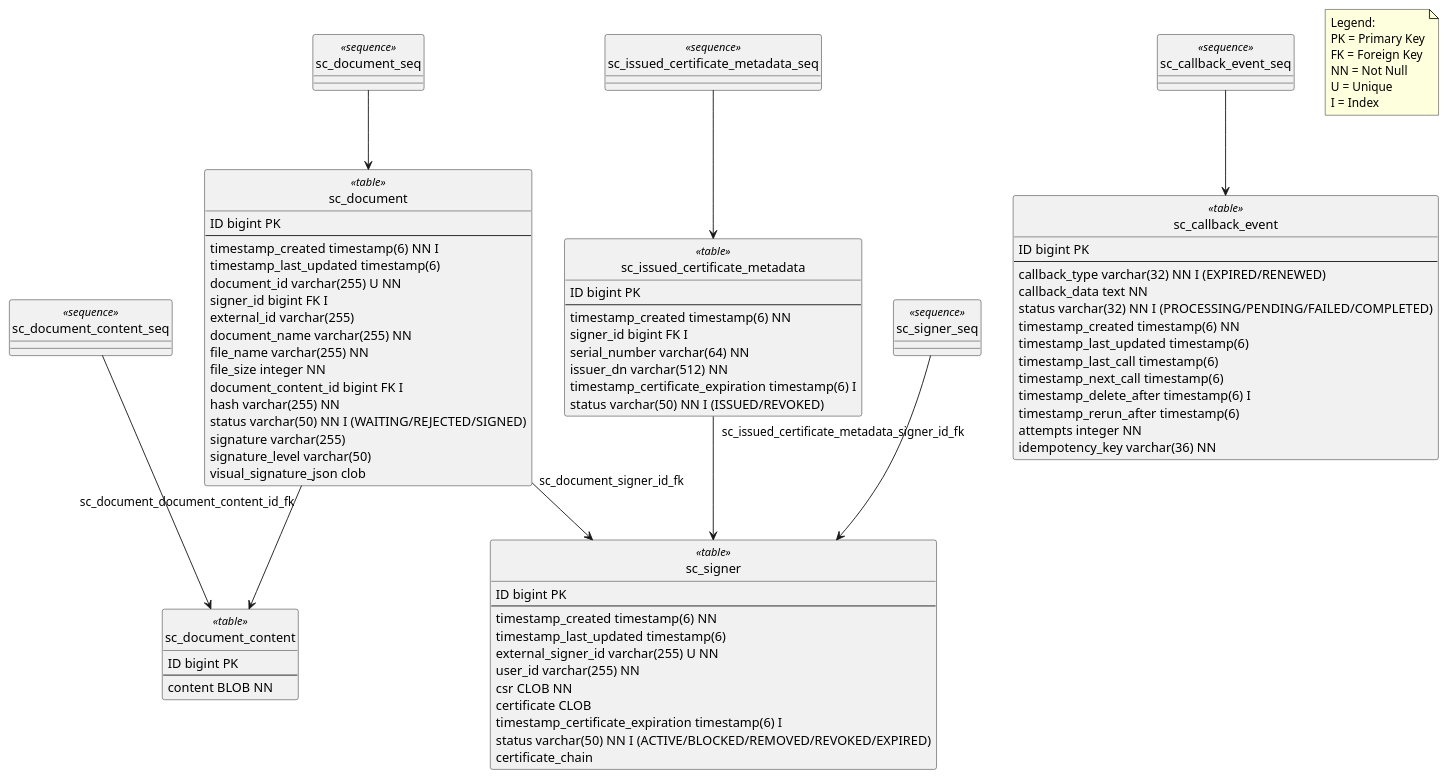
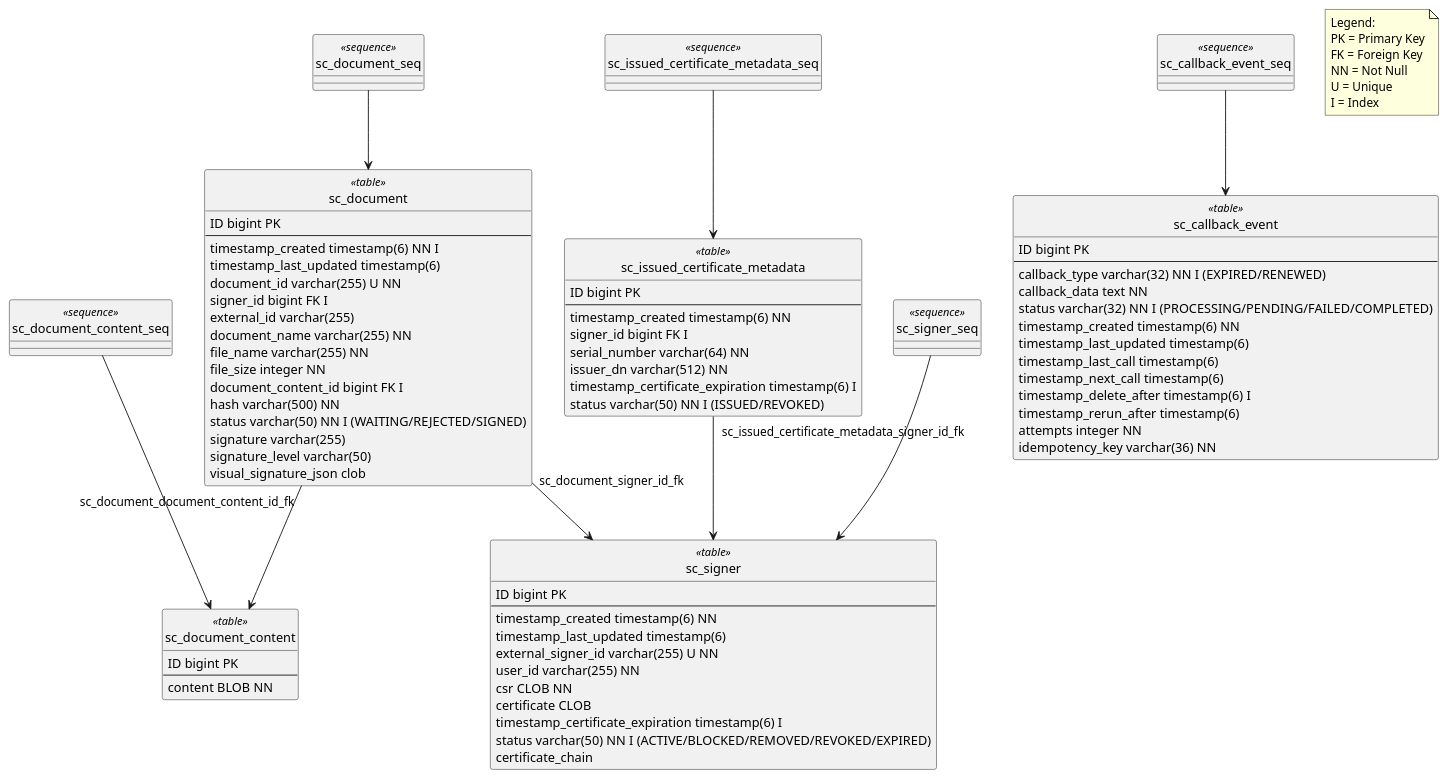
One commit to wultra/signer-cloud changed the diagram in docs-private/signer_cloud_server_database_schema.puml. Above: the diagram before and after it, drawn with PlantUML. The commit also changed 8 other files, not shown here.

```diff
--- a/docs-private/signer_cloud_server_database_schema.puml
+++ b/docs-private/signer_cloud_server_database_schema.puml
@@ -1,95 +1,95 @@
 @startuml
 hide circle
 
 class sc_signer <<table>>{
     ID bigint PK
     --
     timestamp_created timestamp(6) NN
     timestamp_last_updated timestamp(6)
     external_signer_id varchar(255) U NN
     user_id varchar(255) NN
     csr CLOB NN
     certificate CLOB
     timestamp_certificate_expiration timestamp(6) I
     status varchar(50) NN I (ACTIVE/BLOCKED/REMOVED/REVOKED/EXPIRED)
     certificate_chain
 }
 
 class sc_document <<table>> {
     ID bigint PK
     --
     timestamp_created timestamp(6) NN I
     timestamp_last_updated timestamp(6)
     document_id varchar(255) U NN
     signer_id bigint FK I
     external_id varchar(255)
     document_name varchar(255) NN
     file_name varchar(255) NN
     file_size integer NN
     document_content_id bigint FK I
-    hash varchar(255) NN
+    hash varchar(500) NN
     status varchar(50) NN I (WAITING/REJECTED/SIGNED)
     signature varchar(255)
     signature_level varchar(50)
     visual_signature_json clob
 }
 
 class sc_document_content <<table>>{
     ID bigint PK
     --
     content BLOB NN
 }
 
 class sc_callback_event <<table>> {
     ID bigint PK
     --
     callback_type varchar(32) NN I (EXPIRED/RENEWED)
     callback_data text NN
     status varchar(32) NN I (PROCESSING/PENDING/FAILED/COMPLETED)
     timestamp_created timestamp(6) NN
     timestamp_last_updated timestamp(6)
     timestamp_last_call timestamp(6)
     timestamp_next_call timestamp(6)
     timestamp_delete_after timestamp(6) I
     timestamp_rerun_after timestamp(6)
     attempts integer NN
     idempotency_key varchar(36) NN
 }
 
 class sc_issued_certificate_metadata <<table>> {
     ID bigint PK
     --
     timestamp_created timestamp(6) NN
     signer_id bigint FK I
     serial_number varchar(64) NN
     issuer_dn varchar(512) NN
     timestamp_certificate_expiration timestamp(6) I
     status varchar(50) NN I (ISSUED/REVOKED)
 }
 
 class sc_signer_seq <<sequence>>
 class sc_document_seq <<sequence>>
 class sc_document_content_seq <<sequence>>
 class sc_callback_event_seq <<sequence>>
 class sc_issued_certificate_metadata_seq <<sequence>>
 
 sc_signer_seq --> sc_signer
 sc_document_seq --> sc_document
 sc_document_content_seq --> sc_document_content
 sc_callback_event_seq --> sc_callback_event
 sc_issued_certificate_metadata_seq --> sc_issued_certificate_metadata
 
 sc_document "sc_document_signer_id_fk" --> sc_signer
 sc_document "sc_document_document_content_id_fk" --> sc_document_content
 sc_issued_certificate_metadata "sc_issued_certificate_metadata_signer_id_fk" --> sc_signer
 
 note as note1
 Legend:
 PK = Primary Key
 FK = Foreign Key
 NN = Not Null
 U = Unique
 I = Index
 end note
 
 @enduml
```
